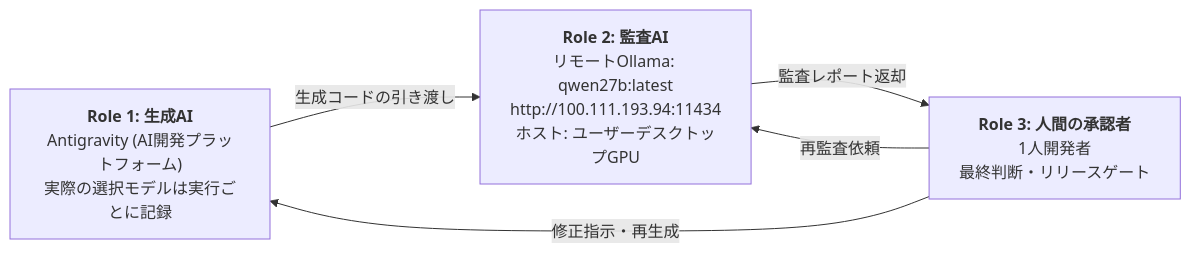
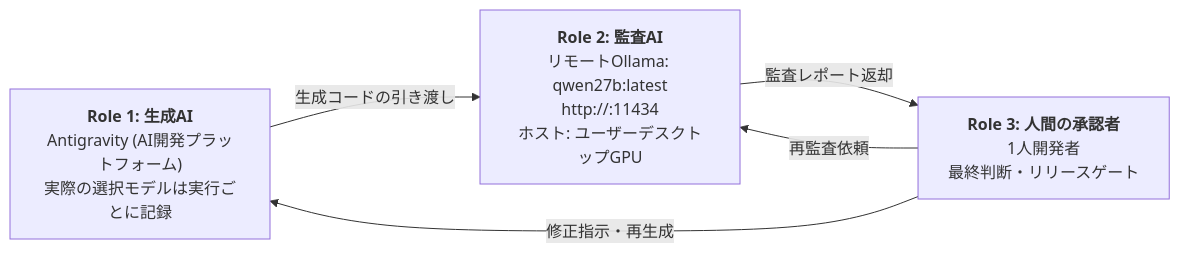
The first of 3 diagrams in domain_target/01_specifications_and_rtm/portfolio_audit_evidence.md (KBG183/Hybrid-srs-triad-auditor), drawn with Mermaid before and after one commit. The commit also changed other lines of this file and 11 other files, not shown here.

````diff
--- a/domain_target/01_specifications_and_rtm/portfolio_audit_evidence.md
+++ b/domain_target/01_specifications_and_rtm/portfolio_audit_evidence.md
@@ -73,10 +73,10 @@
 ```mermaid
 flowchart LR
     A["<b>Role 1: 生成AI</b><br>Antigravity (AI開発プラットフォーム)<br>実際の選択モデルは実行ごとに記録"]
-    B["<b>Role 2: 監査AI</b><br>リモートOllama: qwen27b:latest<br>http://100.111.193.94:11434<br>ホスト: ユーザーデスクトップGPU"]
+    B["<b>Role 2: 監査AI</b><br>リモートOllama: qwen27b:latest<br>http://<TAILSCALE_OLLAMA_HOST>:11434<br>ホスト: ユーザーデスクトップGPU"]
     C["<b>Role 3: 人間の承認者</b><br>1人開発者<br>最終判断・リリースゲート"]
     A -->|"生成コードの引き渡し"| B
     B -->|"監査レポート返却"| C
     C -->|"修正指示・再生成"| A
     C -->|"再監査依頼"| B
 ```
````
